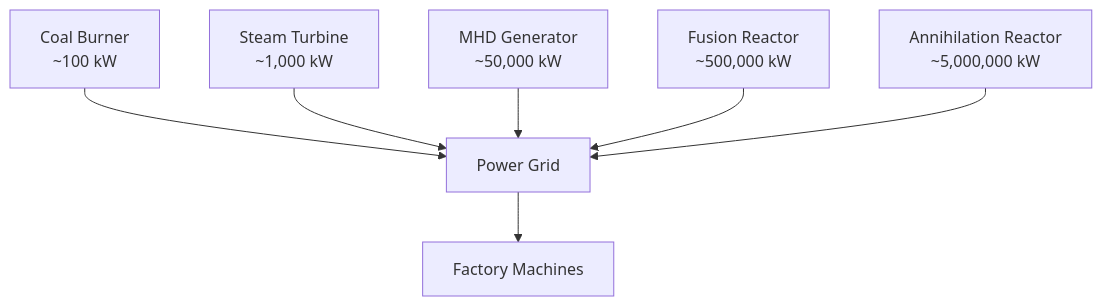
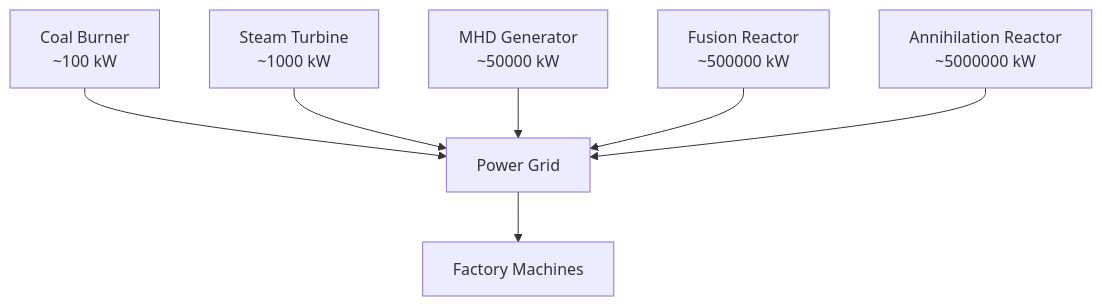
Diagram 12 of 28 in WIKI.md (pourgb/root.works), drawn with Mermaid before and after one commit. The commit also changed other lines of this file, not shown here.

Commit message:
FUCK MERMAID, FUCK THE GUY WHO INVENTED MERMAID BULLSHIT

````diff
--- a/WIKI.md
+++ b/WIKI.md
@@ -432,9 +432,9 @@
 ```mermaid
 graph TD
     A["Coal Burner<br/> ~100 kW"] --> P[Power Grid]
-    B["Steam Turbine<br/> ~1,000 kW"] --> P
-    C["MHD Generator<br/> ~50,000 kW"] --> P
-    D["Fusion Reactor<br/> ~500,000 kW"] --> P
-    E["Annihilation Reactor<br/> ~5,000,000 kW"] --> P
+    B["Steam Turbine<br/> ~1000 kW"] --> P
+    C["MHD Generator<br/> ~50000 kW"] --> P
+    D["Fusion Reactor<br/> ~500000 kW"] --> P
+    E["Annihilation Reactor<br/> ~5000000 kW"] --> P
     P --> F[Factory Machines]
 ```
````
